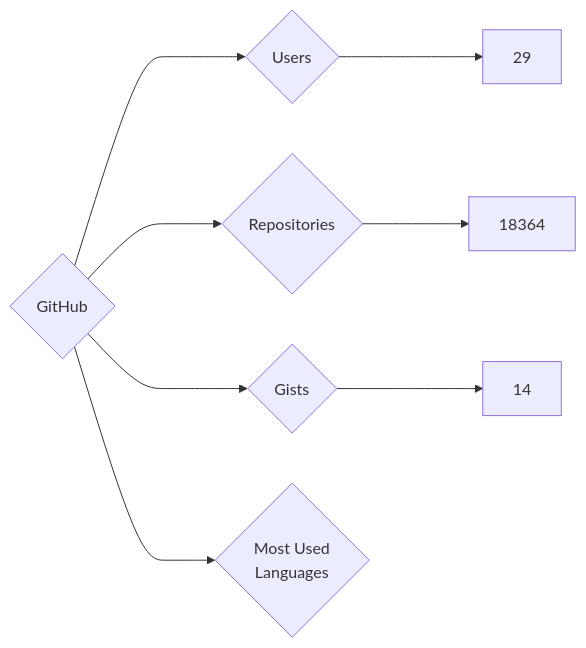
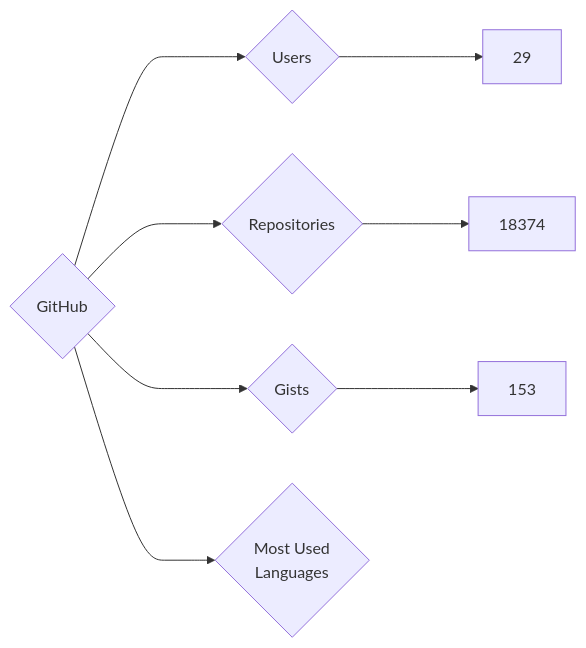
The diagram in targets/GitHub/README.md (nenadzaric/insiders), drawn with Mermaid before and after one commit. The commit also changed 1342 other files, not shown here.

````diff
--- a/targets/GitHub/README.md
+++ b/targets/GitHub/README.md
@@ -3,8 +3,8 @@
 ```mermaid
 graph LR
 COMPANY_NAME{GitHub}
 COMPANY_NAME ---> U{Users} ---> UN[29]
-COMPANY_NAME ---> R{Repositories} ---> RN[18364]
-COMPANY_NAME ---> G{Gists} ---> GN[14]
+COMPANY_NAME ---> R{Repositories} ---> RN[18374]
+COMPANY_NAME ---> G{Gists} ---> GN[153]
 COMPANY_NAME ---> ML{Most Used<br>Languages}
 ```
````
